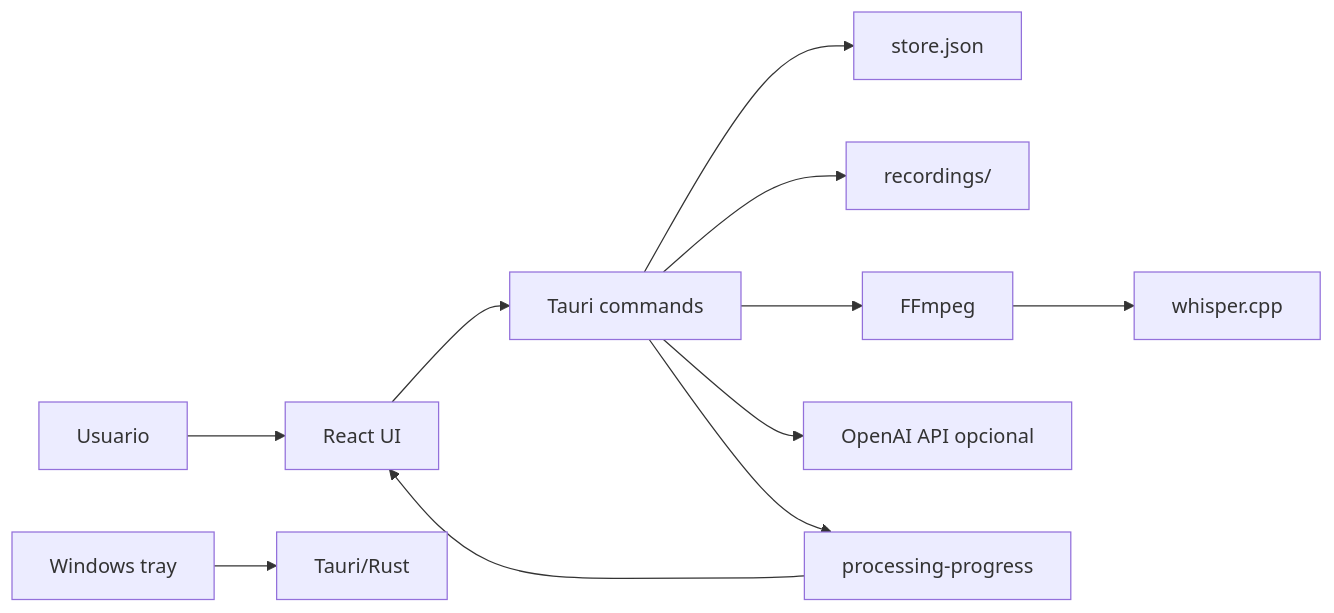
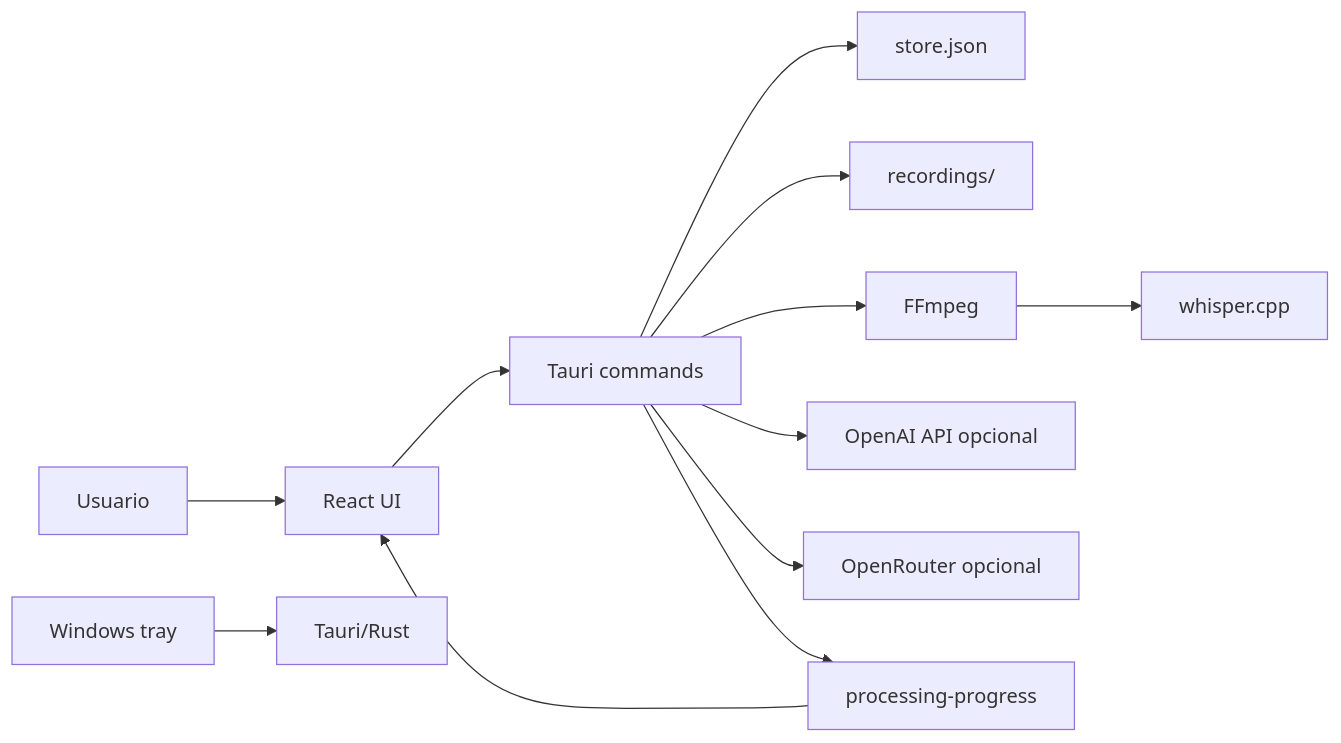
Before and after one commit to juliomarquesjr/meeting-vault-tauri: the first of 2 diagrams in docs/architecture.md, drawn with Mermaid. The commit also changed other lines of this file and 16 other files, not shown here.

First line of the commit message:
feat: reintroduce OpenRouter summary option and update related functionality

````diff
--- a/docs/architecture.md
+++ b/docs/architecture.md
@@ -16,13 +17,14 @@
 ```mermaid
 flowchart LR
   User["Usuario"] --> UI["React UI"]
   Tray["Windows tray"] --> Tauri["Tauri/Rust"]
   UI --> Commands["Tauri commands"]
   Commands --> Store["store.json"]
   Commands --> Files["recordings/"]
   Commands --> FFmpeg["FFmpeg"]
   FFmpeg --> Whisper["whisper.cpp"]
   Commands --> API["OpenAI API opcional"]
+  Commands --> OpenRouter["OpenRouter opcional"]
   Commands --> Events["processing-progress"]
   Events --> UI
 ```
````
